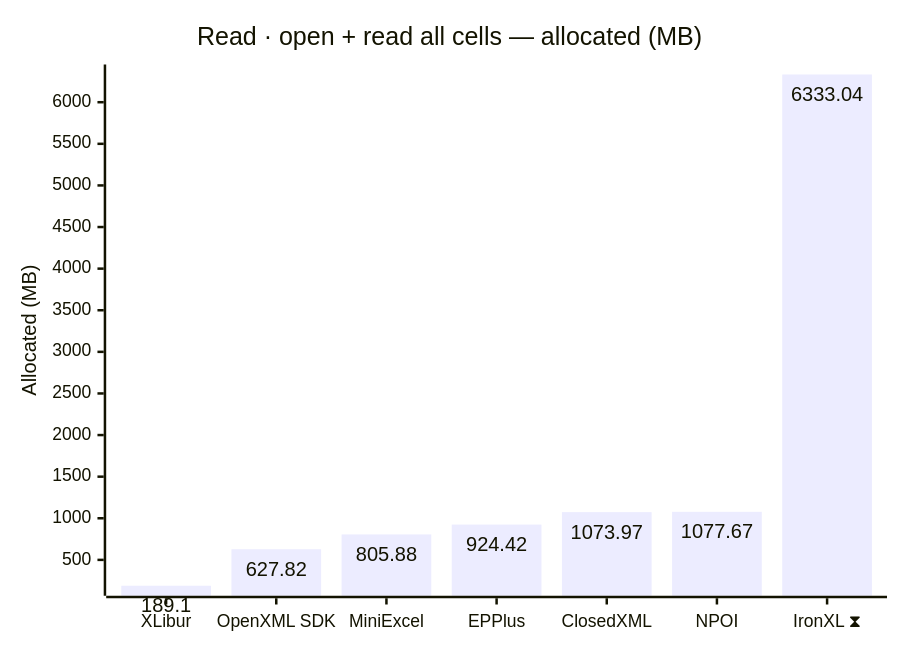
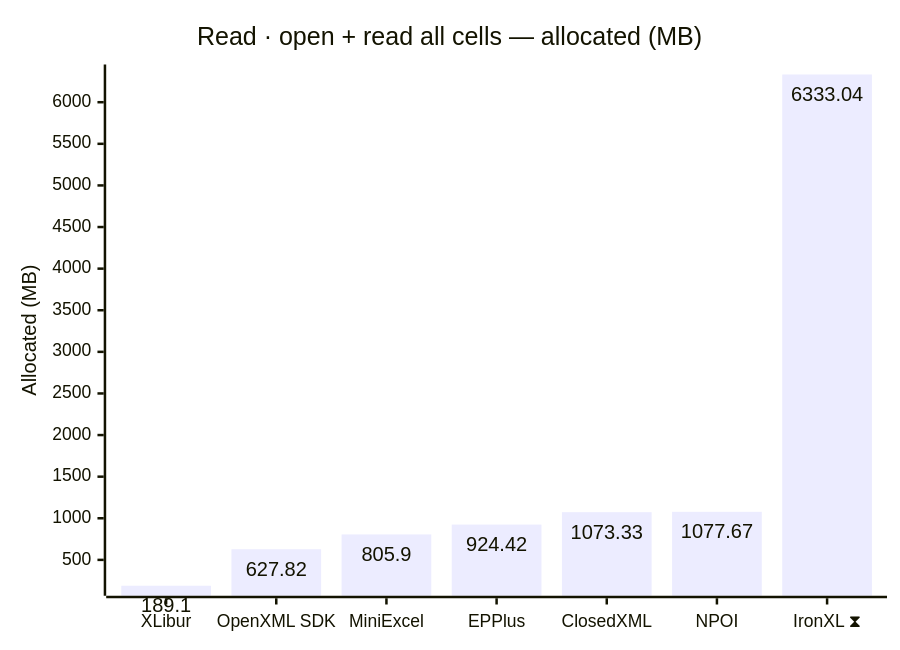
One commit to jafin/XLBench changed the fourth of 12 diagrams in docs/results-ci.md. Above: the diagram before and after it, drawn with Mermaid. The commit also changed other lines of this file, not shown here.

````diff
--- a/docs/results-ci.md
+++ b/docs/results-ci.md
@@ -80,12 +80,12 @@
 ```mermaid
 ---
 config:
   xyChart:
     showDataLabel: true
 ---
 xychart-beta
     title "Read · open + read all cells — allocated (MB)"
     x-axis ["XLibur", "OpenXML SDK", "MiniExcel", "EPPlus", "ClosedXML", "NPOI", "IronXL ⧗"]
     y-axis "Allocated (MB)"
-    bar [189.1, 627.82, 805.88, 924.42, 1073.97, 1077.67, 6333.04]
+    bar [189.1, 627.82, 805.9, 924.42, 1073.33, 1077.67, 6333.04]
 ```
````
